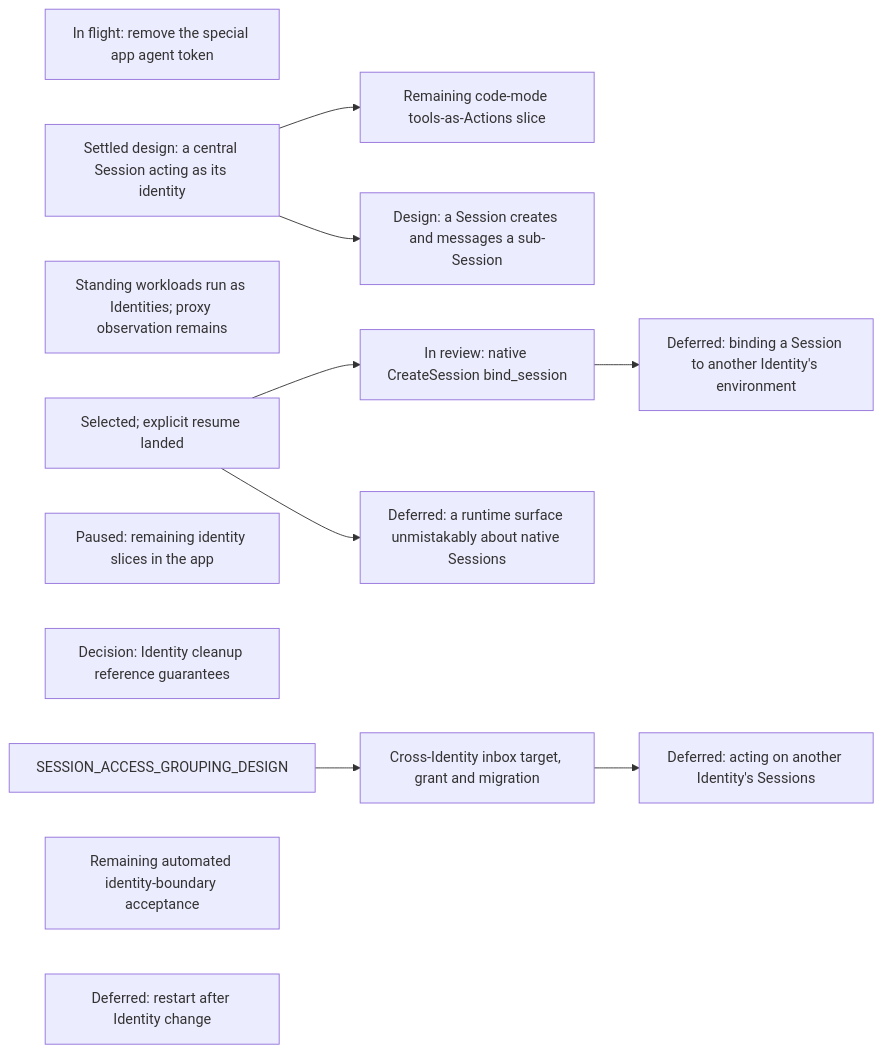
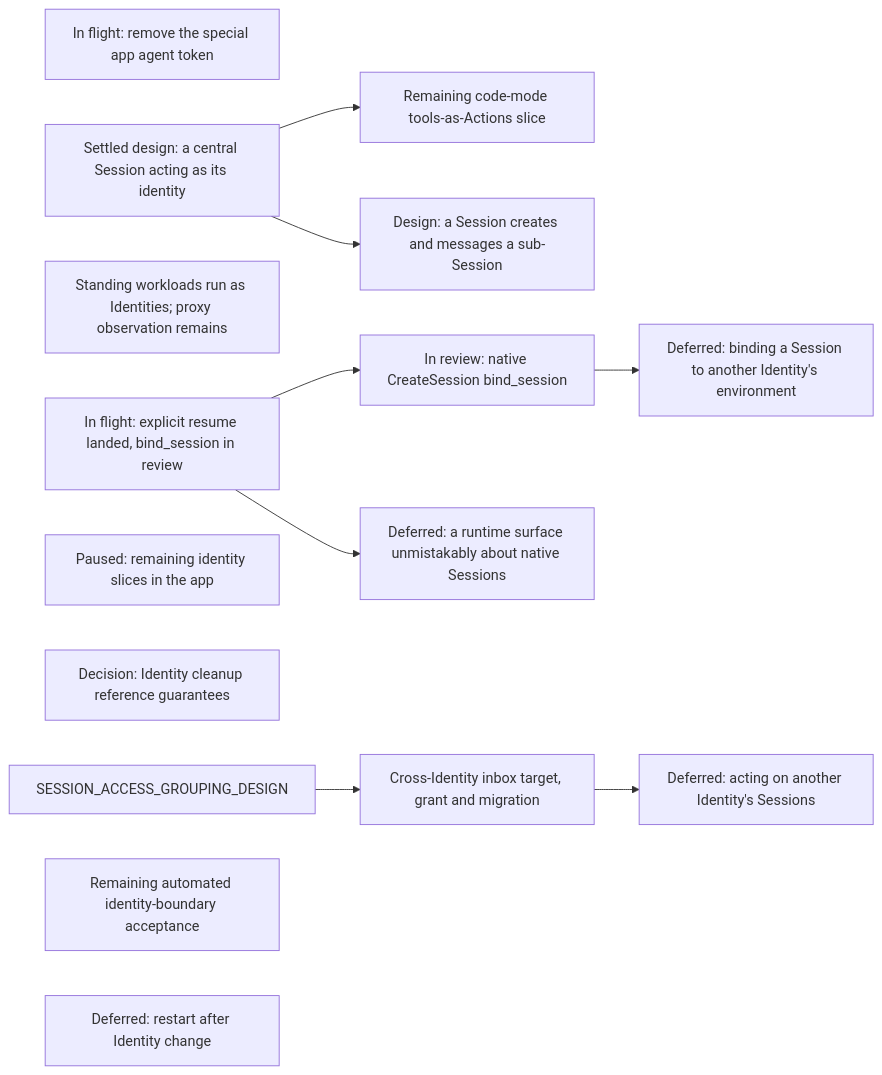
Before and after one commit to agentydragon/ducktape: diagram 18 of 21 in agentplane/plans/task_dag.md, drawn with Mermaid.

Commit message:
agentplane: label environment lifecycle rules as in flight
Claude-Session: https://claude.ai/code/session_01AYUnw2srgM3L5WxRM4C2Kt

````diff
--- a/agentplane/plans/task_dag.md
+++ b/agentplane/plans/task_dag.md
@@ -3348,21 +3348,21 @@
 ```mermaid
 flowchart LR
     APP_AGENT_TOKEN_DECISION[In flight: remove the special app agent token]
     CENTRAL_SESSION_ACTING_DESIGN[Settled design: a central Session acting as its identity]
     CENTRAL_SESSION_DELEGATED_ACTING[Remaining code-mode tools-as-Actions slice]
     CENTRAL_SESSION_ACTING_DESIGN --> CENTRAL_SESSION_DELEGATED_ACTING
     STANDING_WORKLOAD_IDENTITY[Standing workloads run as Identities; proxy observation remains]
-    ENVIRONMENT_LIFECYCLE_RULES[Selected; explicit resume landed]
+    ENVIRONMENT_LIFECYCLE_RULES[In flight: explicit resume landed, bind_session in review]
     ENVIRONMENT_IDENTITY_BIND_SESSION[In review: native CreateSession bind_session]
     ENVIRONMENT_LIFECYCLE_RULES --> ENVIRONMENT_IDENTITY_BIND_SESSION
     APP_IDENTITIES_UI[Paused: remaining identity slices in the app]
     IDENTITY_CLEANUP_REFERENCE_DECISION[Decision: Identity cleanup reference guarantees]
     SESSION_SUBAGENT_DELEGATION[Design: a Session creates and messages a sub-Session]
     CENTRAL_SESSION_ACTING_DESIGN --> SESSION_SUBAGENT_DELEGATION
     SESSION_ACCESS_GROUPING_DESIGN --> SESSION_IDENTITY_AUTHZ[Cross-Identity inbox target, grant and migration]
     SESSION_IDENTITY_AUTHZ --> SESSION_CROSS_IDENTITY_AUTHORITY[Deferred: acting on another Identity's Sessions]
     ENVIRONMENT_LIFECYCLE_RULES --> ENVIRONMENT_RUNTIME_NATIVE_SURFACE[Deferred: a runtime surface unmistakably about native Sessions]
     ENVIRONMENT_IDENTITY_BIND_SESSION --> CROSS_IDENTITY_SESSION_BINDING[Deferred: binding a Session to another Identity's environment]
     IDENTITY_SYSTEM_TESTS[Remaining automated identity-boundary acceptance]
     SANDBOX_IDENTITY_CHANGE_CHECKPOINT[Deferred: restart after Identity change]
 ```
````
